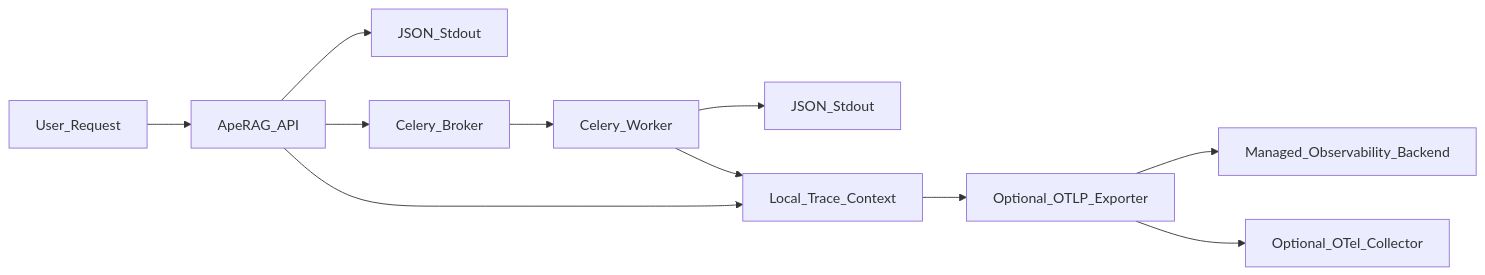
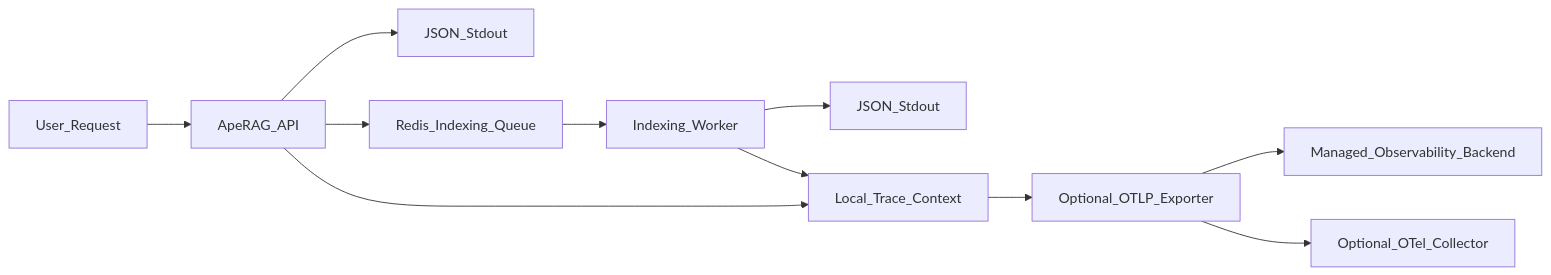
Before and after one commit to apecloud/ApeRAG: the first of 3 diagrams in docs/zh-CN/deployment/observability.md, drawn with Mermaid. The commit also changed other lines of this file and 2 other files, not shown here.

Commit message:
docs: align architecture observability with indexing worker

````diff
--- a/docs/zh-CN/deployment/observability.md
+++ b/docs/zh-CN/deployment/observability.md
@@ -44,13 +44,13 @@
 ```mermaid
 flowchart LR
   userRequest[User_Request] --> apiProcess[ApeRAG_API]
   apiProcess --> apiLogs[JSON_Stdout]
-  apiProcess --> celeryQueue[Celery_Broker]
-  celeryQueue --> workerProcess[Celery_Worker]
+  apiProcess --> redisQueue[Redis_Indexing_Queue]
+  redisQueue --> workerProcess[Indexing_Worker]
   workerProcess --> workerLogs[JSON_Stdout]
   apiProcess --> localTrace[Local_Trace_Context]
   workerProcess --> localTrace
   localTrace --> optionalOtlp[Optional_OTLP_Exporter]
   optionalOtlp --> managedBackend[Managed_Observability_Backend]
   optionalOtlp --> optionalCollector[Optional_OTel_Collector]
 ```
````
